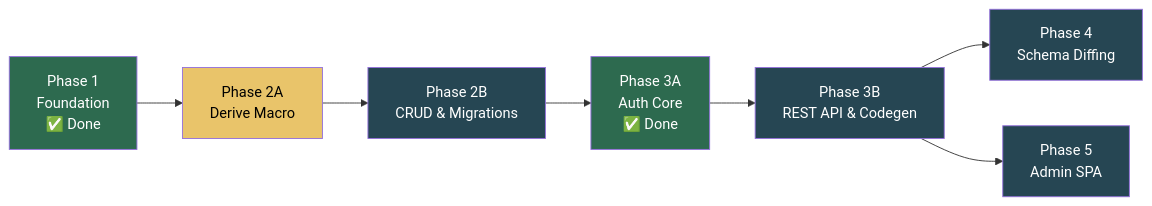
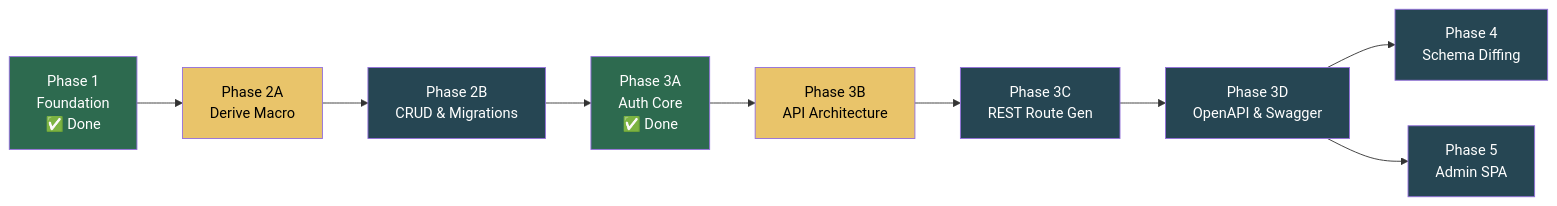
One commit to wends155/brom changed the second of 2 diagrams in roadmap.md. Above: the diagram before and after it, drawn with Mermaid. The commit also changed other lines of this file and 1 other file, not shown here.

Commit message:
docs: split Phase 3B into 3B, 3C, and 3D in roadmap

````diff
--- a/roadmap.md
+++ b/roadmap.md
@@ -72,25 +76,31 @@
 ```mermaid
 graph LR
     P1["Phase 1<br/>Foundation<br/>✅ Done"]
     P2A["Phase 2A<br/>Derive Macro"]
     P2B["Phase 2B<br/>CRUD & Migrations"]
     P3A["Phase 3A<br/>Auth Core<br/>✅ Done"]
-    P3B["Phase 3B<br/>REST API & Codegen"]
+    P3B["Phase 3B<br/>API Architecture"]
+    P3C["Phase 3C<br/>REST Route Gen"]
+    P3D["Phase 3D<br/>OpenAPI & Swagger"]
     P4["Phase 4<br/>Schema Diffing"]
     P5["Phase 5<br/>Admin SPA"]
 
     P1 --> P2A
     P2A --> P2B
     P2B --> P3A
     P3A --> P3B
-    P3B --> P4
-    P3B --> P5
+    P3B --> P3C
+    P3C --> P3D
+    P3D --> P4
+    P3D --> P5
 
     style P1 fill:#2d6a4f,color:#fff
     style P2A fill:#e9c46a,color:#000
     style P2B fill:#264653,color:#fff
     style P3A fill:#2d6a4f,color:#fff
-    style P3B fill:#264653,color:#fff
+    style P3B fill:#e9c46a,color:#000
+    style P3C fill:#264653,color:#fff
+    style P3D fill:#264653,color:#fff
     style P4 fill:#264653,color:#fff
     style P5 fill:#264653,color:#fff
 ```
````
